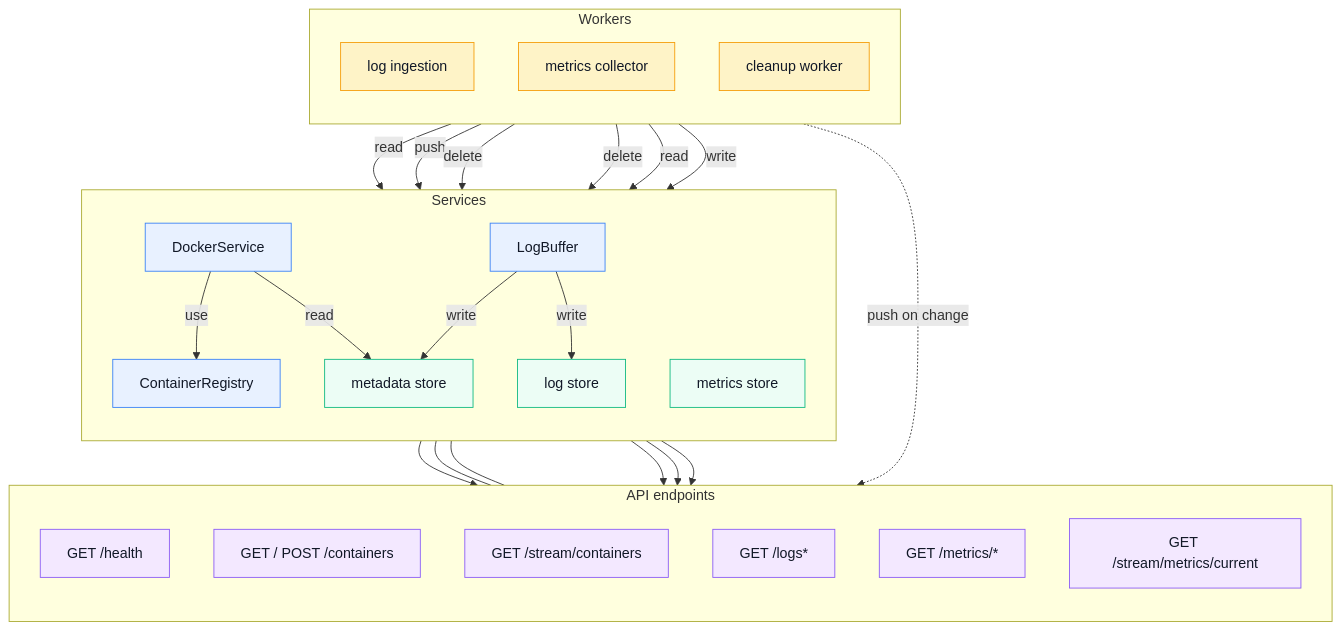
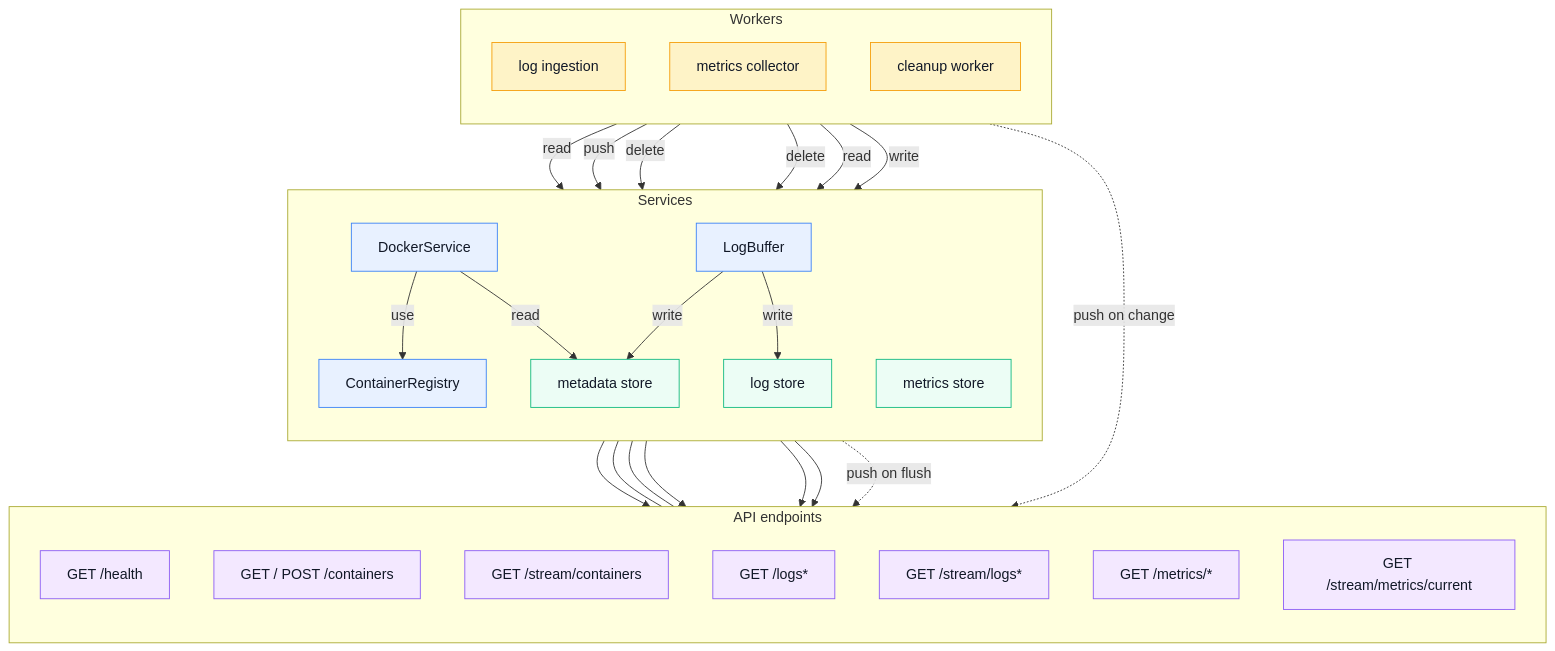
One commit to skvostik/vpsiner changed the first of 4 diagrams in docs/ARCHITECTURE.md. Above: the diagram before and after it, drawn with Mermaid. The commit also changed other lines of this file and 15 other files, not shown here.

````diff
--- a/docs/ARCHITECTURE.md
+++ b/docs/ARCHITECTURE.md
@@ -13,61 +13,63 @@
 ```mermaid
 flowchart TB
     subgraph Left[Workers]
         direction TB
         LogIngest[log ingestion]
         MetricsCollector[metrics collector]
         Retention[cleanup worker]
     end
 
     subgraph Middle[Services]
         direction TB
         Docker[DockerService]
         Registry[ContainerRegistry]
         Metadata[metadata store]
         LogBuffer[LogBuffer]
         LogStore[log store]
         MetricsStore[metrics store]
     end
 
     subgraph Right[API endpoints]
         direction TB
         Health[GET /health]
         Containers[GET / POST /containers]
         ContainersStream[GET /stream/containers]
         Logs[GET /logs*]
+        LogsStream[GET /stream/logs*]
         Metrics[GET /metrics/*]
         MetricsStream[GET /stream/metrics/current]
     end
 
     LogIngest -->|read| Docker
     LogIngest -->|push| LogBuffer
     LogBuffer -->|write| Metadata
     LogBuffer -->|write| LogStore
 
     Docker -->|use| Registry
     Docker -->|read| Metadata
 
     Retention -->|delete| MetricsStore
     Retention -->|delete| LogStore
 
     Docker --> Health
     Docker --- Containers
     Docker --- ContainersStream
     LogStore --> Logs
     Metadata --> Logs
     MetricsStore --> Metrics
     MetricsCollector -.->|push on change| MetricsStream
+    LogBuffer -.->|push on flush| LogsStream
 
     MetricsCollector -->|read| Docker
     MetricsCollector -->|write| MetricsStore
 
     classDef worker fill:#fef3c7,stroke:#f59e0b,stroke-width:1px,color:#111827;
     classDef service fill:#e8f1ff,stroke:#3b82f6,stroke-width:1px,color:#111827;
     classDef store fill:#ecfdf5,stroke:#10b981,stroke-width:1px,color:#111827;
     classDef api fill:#f3e8ff,stroke:#8b5cf6,stroke-width:1px,color:#111827;
 
     class MetricsCollector,LogIngest,Retention worker;
     class Docker,Registry,LogBuffer service;
     class MetricsStore,LogStore,Metadata store;
-    class Health,Containers,ContainersStream,Metrics,MetricsStream,Logs api;
+    class Health,Containers,ContainersStream,Metrics,MetricsStream,Logs,LogsStream api;
 ```
````
